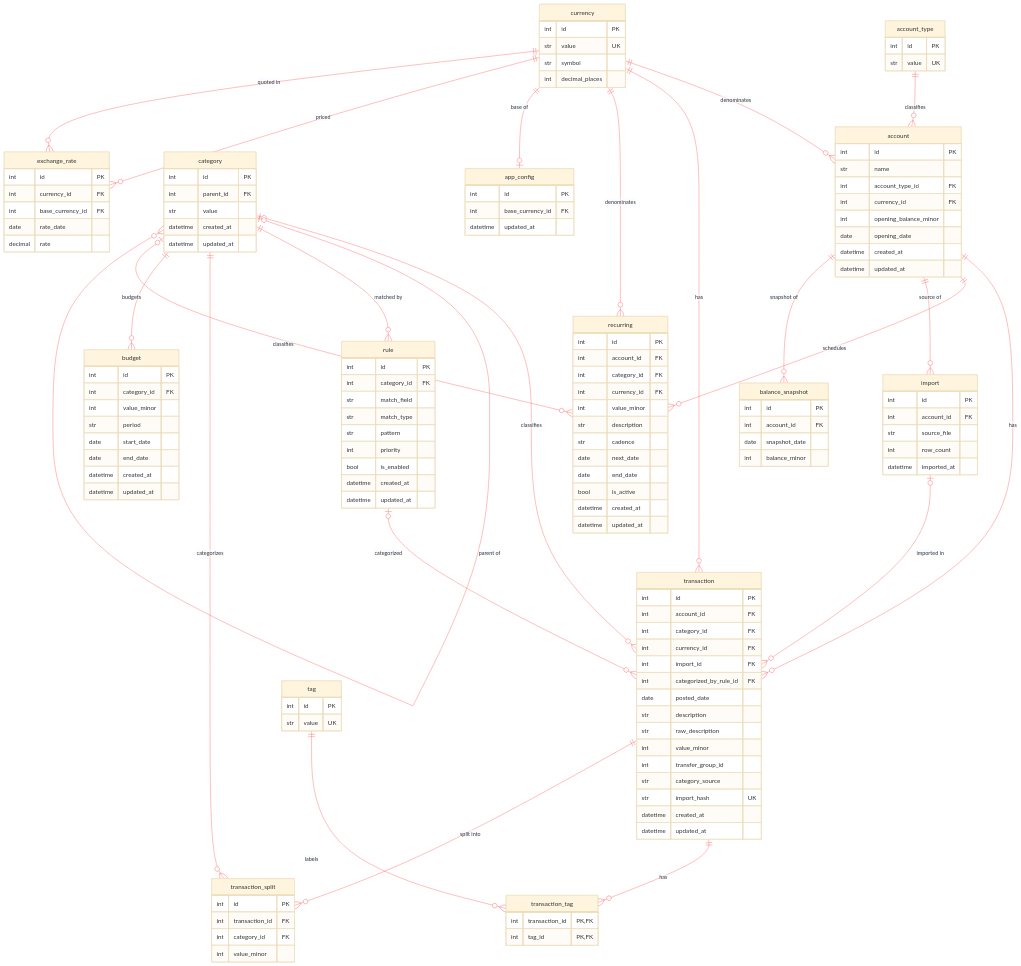
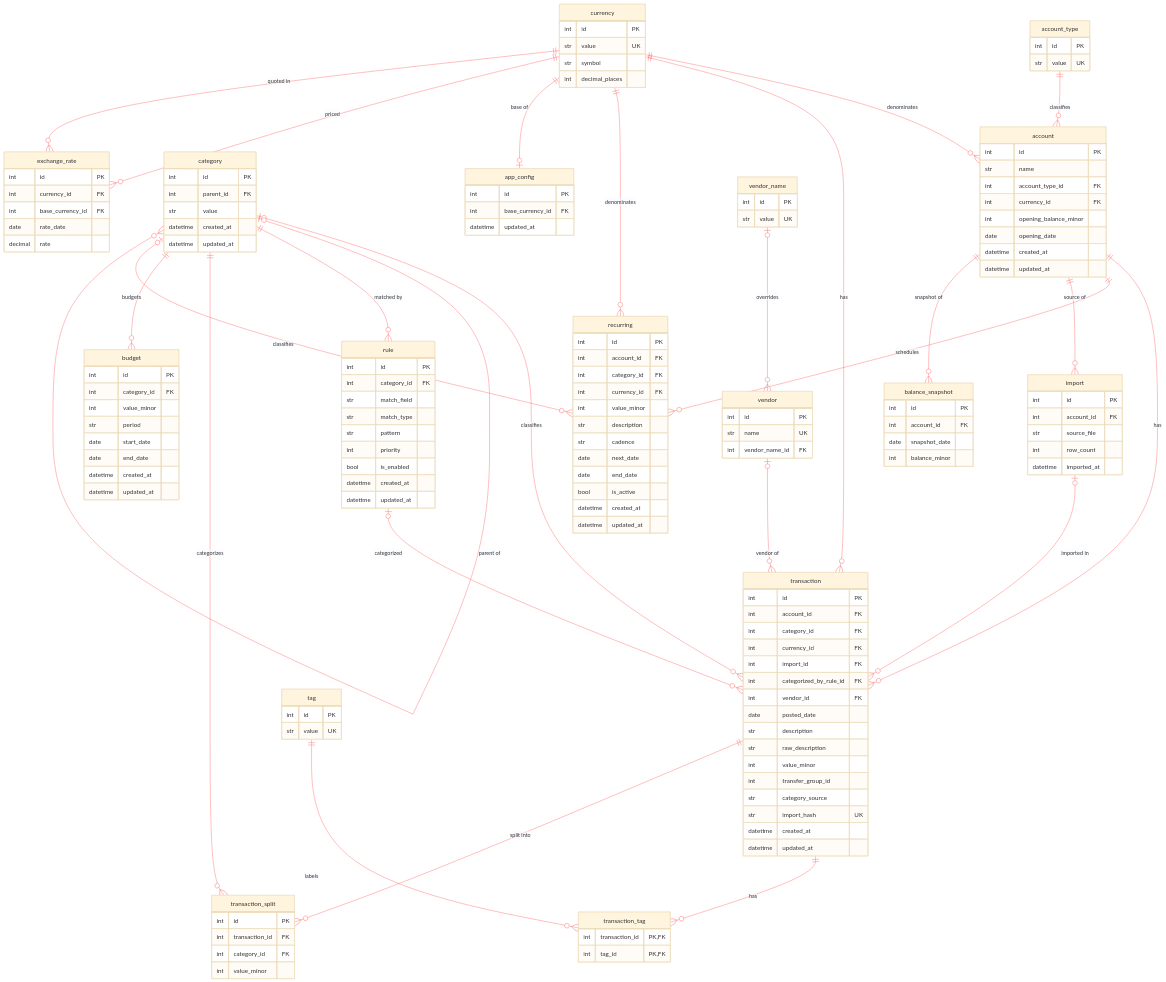
Before and after one commit to Benkendorfer/budget_tracker: the diagram in README.md, drawn with Mermaid. The commit also changed other lines of this file and 7 other files, not shown here.

```diff
--- a/README.md
+++ b/README.md
@@ -94,6 +100,8 @@
     currency ||--o| app_config : "base of"
     currency ||--o{ exchange_rate : "priced"
     currency ||--o{ exchange_rate : "quoted in"
+    vendor |o--o{ transaction : "vendor of"
+    vendor_name |o--o{ vendor : overrides
 
     account_type {
         int id PK
@@ -116,6 +124,7 @@
         int currency_id FK
         int import_id FK
         int categorized_by_rule_id FK
+        int vendor_id FK
         date posted_date
         str description
         str raw_description
@@ -125,6 +134,15 @@
         str import_hash UK
         datetime created_at
         datetime updated_at
+    }
+    vendor {
+        int id PK
+        str name UK
+        int vendor_name_id FK
+    }
+    vendor_name {
+        int id PK
+        str value UK
     }
     currency {
         int id PK
```
